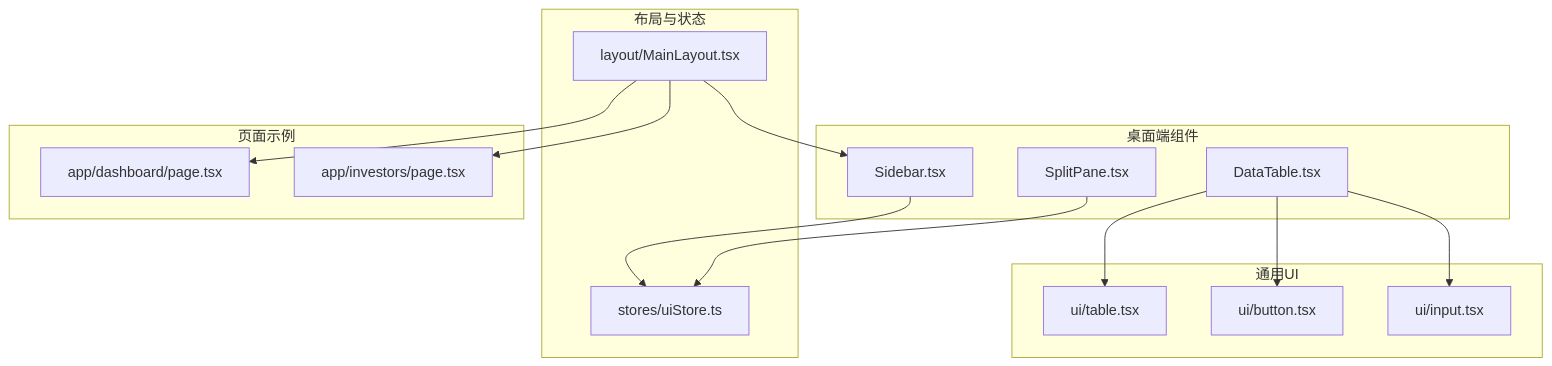
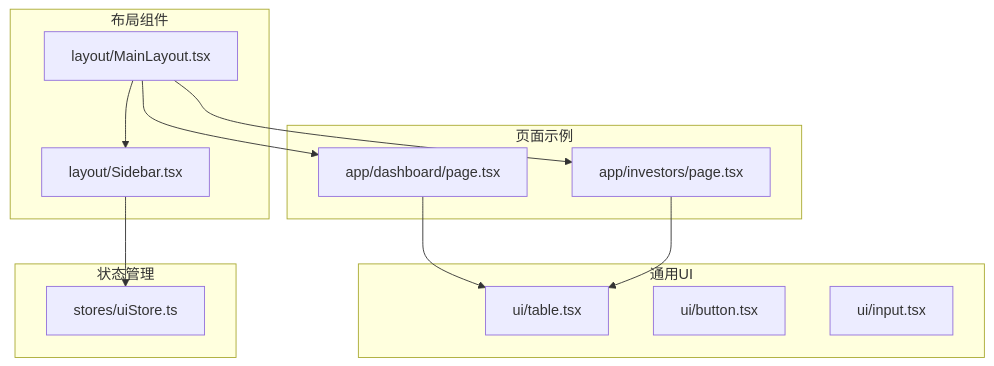
Before and after one commit to gujialind/InvestRing: the first of 4 diagrams in .qoder/repowiki/zh/content/前端应用架构/组件系统架构/桌面端组件.md, drawn with Mermaid. The commit also changed other lines of this file and 32 other files, not shown here.

````diff
--- a/.qoder/repowiki/zh/content/前端应用架构/组件系统架构/桌面端组件.md
+++ b/.qoder/repowiki/zh/content/前端应用架构/组件系统架构/桌面端组件.md
@@ -42,29 +42,25 @@
 ```mermaid
 graph TB
-subgraph "桌面端组件"
-DT["DataTable.tsx"]
-SB["Sidebar.tsx"]
-SP["SplitPane.tsx"]
+subgraph "布局组件"
+ML["layout/MainLayout.tsx"]
+LSB["layout/Sidebar.tsx"]
 end
 subgraph "通用UI"
 UIT["ui/table.tsx"]
 UIB["ui/button.tsx"]
 UIN["ui/input.tsx"]
 end
-subgraph "布局与状态"
-ML["layout/MainLayout.tsx"]
+subgraph "状态管理"
 US["stores/uiStore.ts"]
 end
 subgraph "页面示例"
 DASH["app/dashboard/page.tsx"]
 INV["app/investors/page.tsx"]
 end
-ML --> SB
+ML --> LSB
 ML --> DASH
 ML --> INV
-SB --> US
-DT --> UIT
-DT --> UIB
-DT --> UIN
-SP --> US
+LSB --> US
+DASH --> UIT
+INV --> UIT
 ```
````
